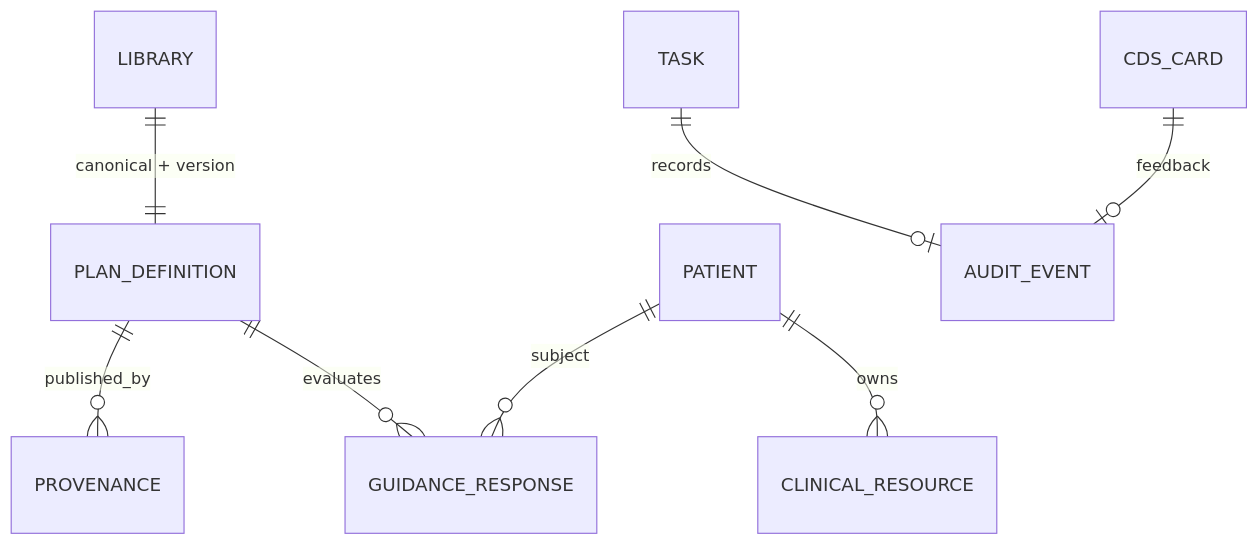
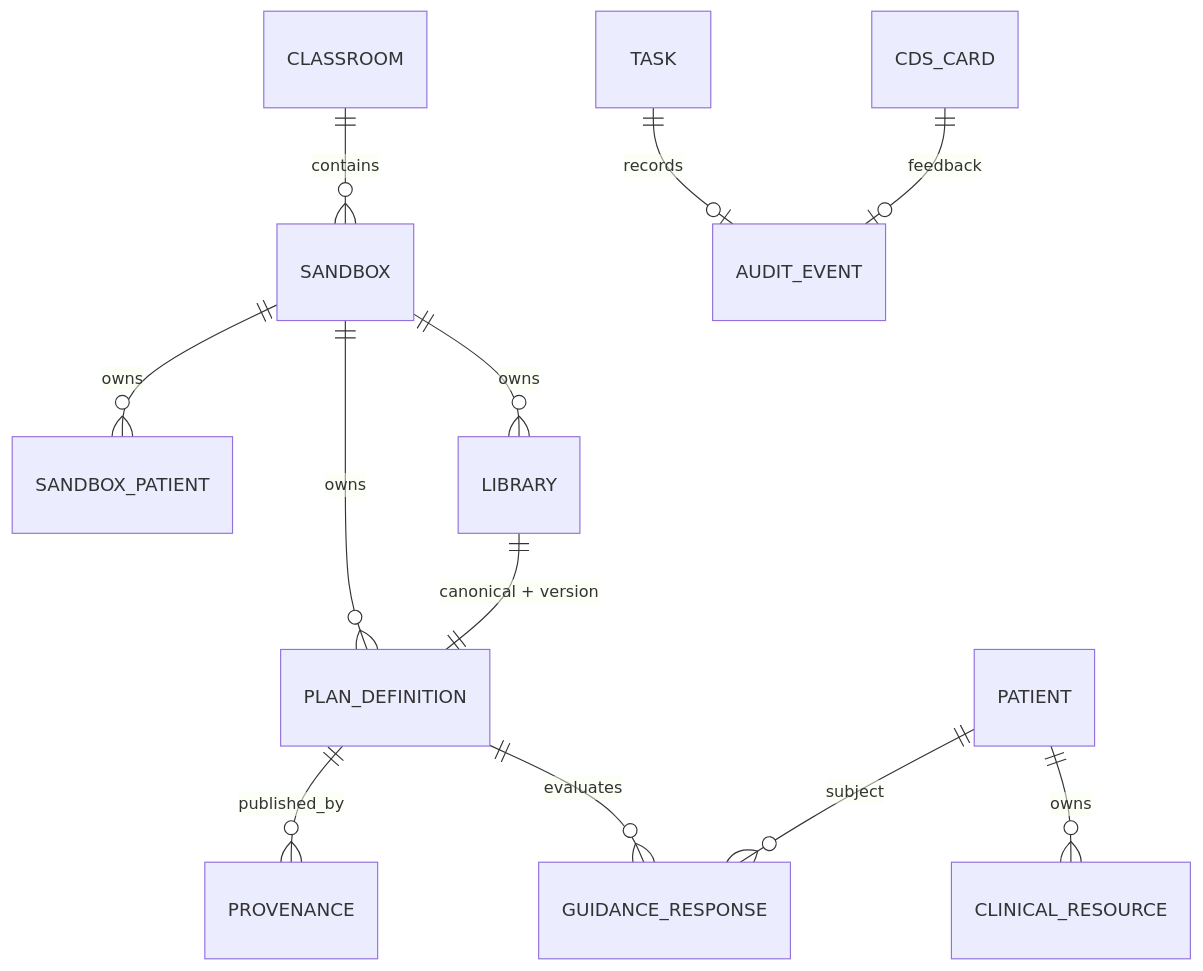
One commit to J0TTAA/RCE-CQL changed the third of 8 diagrams in docs/DESIGN.md. Above: the diagram before and after it, drawn with Mermaid. The commit also changed other lines of this file and 12 other files, not shown here.

Commit message:
docs: add anonymous classroom sandbox architecture

````diff
--- a/docs/DESIGN.md
+++ b/docs/DESIGN.md
@@ -455,10 +522,14 @@
 ```mermaid
 erDiagram
+    CLASSROOM ||--o{ SANDBOX : contains
+    SANDBOX ||--o{ LIBRARY : owns
+    SANDBOX ||--o{ PLAN_DEFINITION : owns
+    SANDBOX ||--o{ SANDBOX_PATIENT : owns
     LIBRARY ||--|| PLAN_DEFINITION : "canonical + version"
     PLAN_DEFINITION ||--o{ GUIDANCE_RESPONSE : evaluates
     PLAN_DEFINITION ||--o{ PROVENANCE : published_by
     PATIENT ||--o{ CLINICAL_RESOURCE : owns
     PATIENT ||--o{ GUIDANCE_RESPONSE : subject
     CDS_CARD ||--o| AUDIT_EVENT : feedback
     TASK ||--o| AUDIT_EVENT : records
 ```
````
